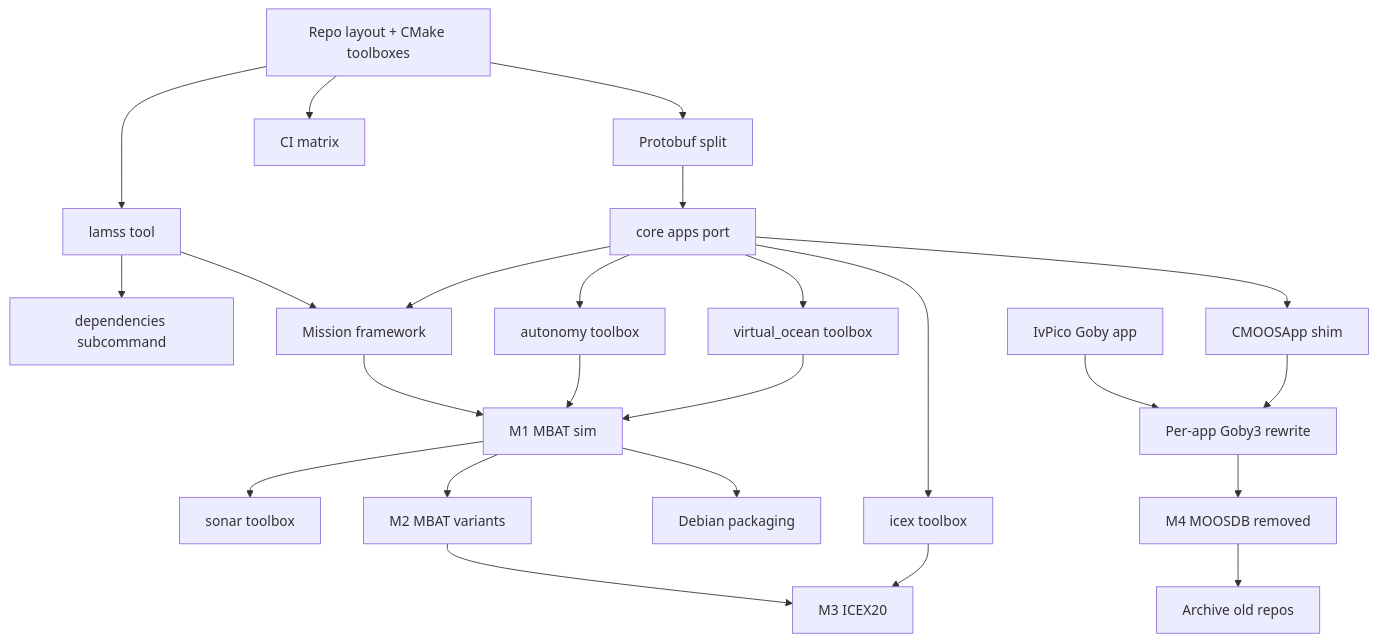
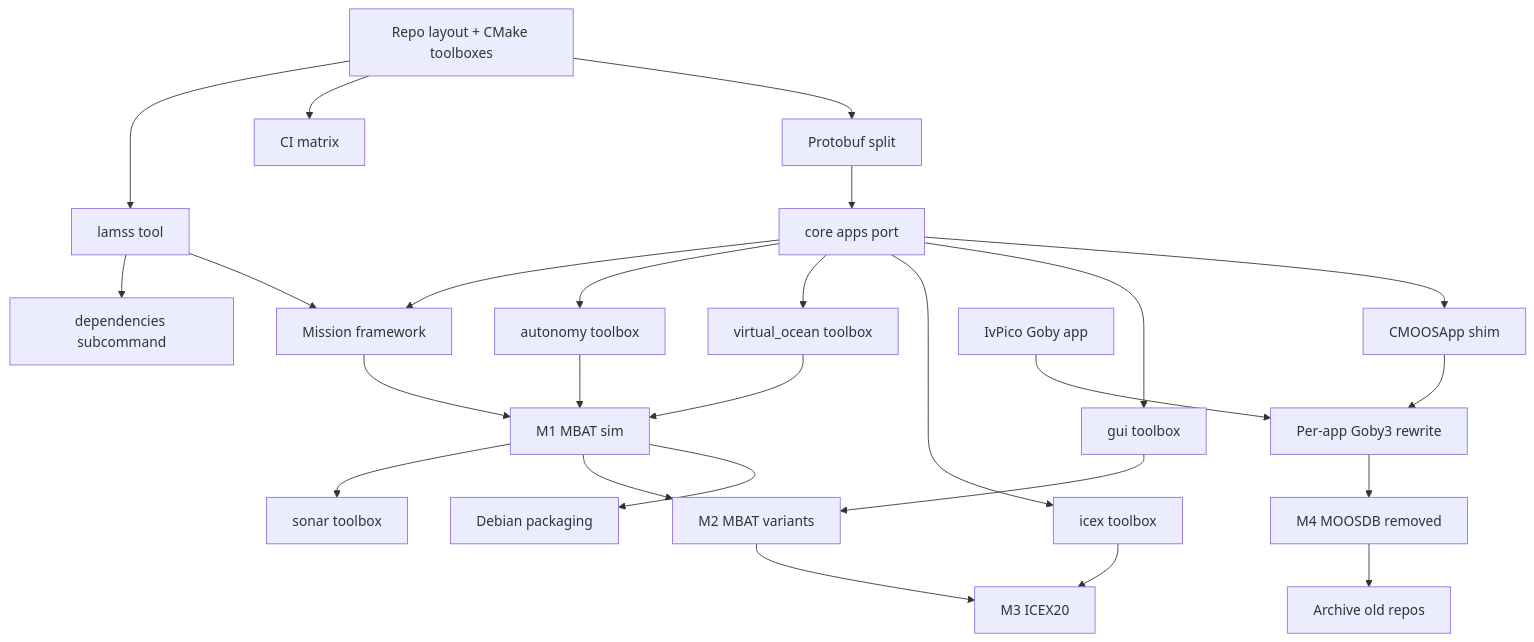
One commit to GobySoft/lamss3 changed the second of 3 diagrams in core/src/doc/plan/claude/00-overview.md. Above: the diagram before and after it, drawn with Mermaid. The commit also changed other lines of this file and 9 other files, not shown here.

First line of the commit message:
Plan: add a gui toolbox for everything that needs a display library

````diff
--- a/core/src/doc/plan/claude/00-overview.md
+++ b/core/src/doc/plan/claude/00-overview.md
@@ -116,26 +118,28 @@
 ```mermaid
 flowchart TB
   layout[Repo layout + CMake toolboxes] --> tool[lamss tool]
   layout --> ci[CI matrix]
   tool --> deps[dependencies subcommand]
   layout --> pbsplit[Protobuf split]
   pbsplit --> core[core apps port]
   core --> missions[Mission framework]
   tool --> missions
   missions --> m1[M1 MBAT sim]
   core --> auton[autonomy toolbox]
   core --> vo[virtual_ocean toolbox]
   auton --> m1
   vo --> m1
   m1 --> sonar[sonar toolbox]
   m1 --> m2[M2 MBAT variants]
   core --> icex[icex toolbox]
+  core --> gui[gui toolbox]
+  gui --> m2
   m2 --> m3[M3 ICEX20]
   icex --> m3
   core --> shim[CMOOSApp shim]
   shim --> mw[Per-app Goby3 rewrite]
   ivpico[IvPico Goby app] --> mw
   mw --> m4[M4 MOOSDB removed]
   m1 --> pkg[Debian packaging]
   m4 --> archive[Archive old repos]
 ```
````
